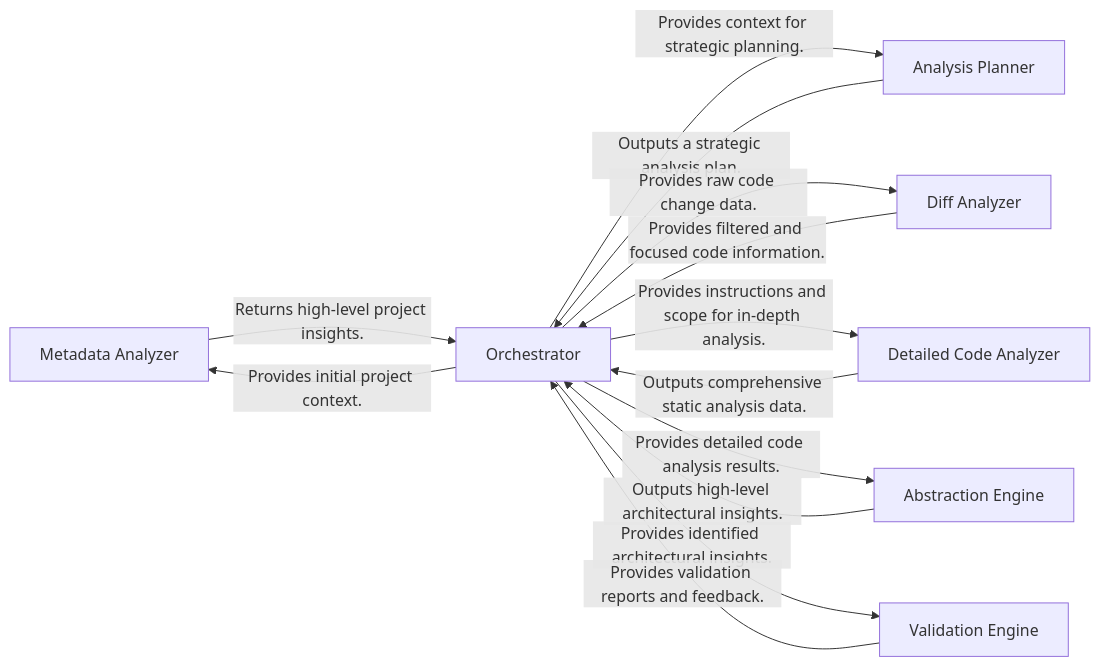
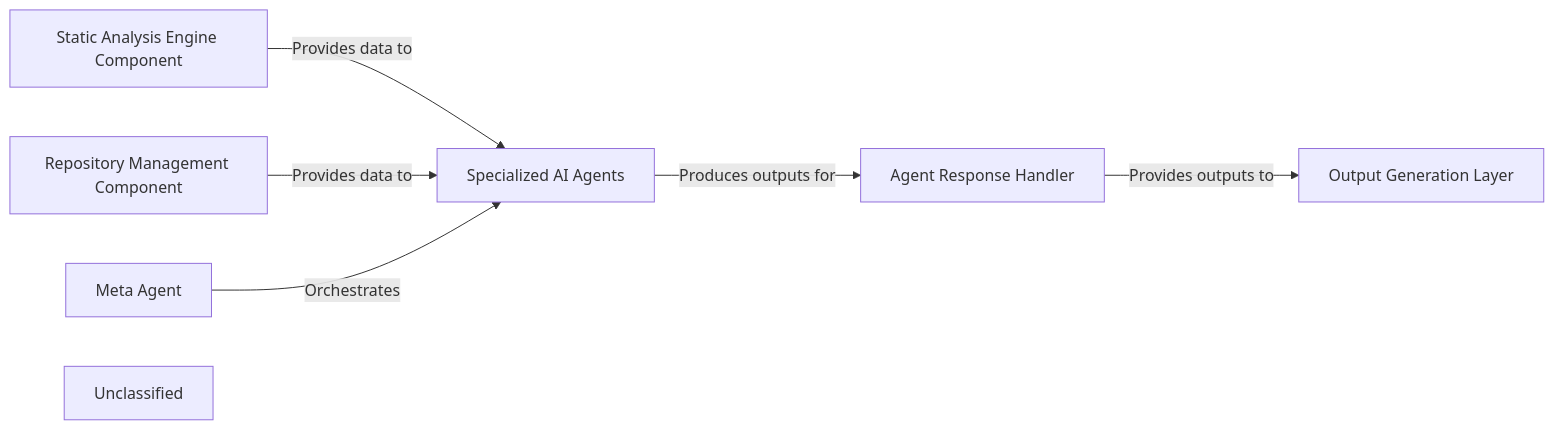
One commit to mariyam866/CodeBoarding changed the diagram in .codeboarding/AI_Interpretation_Layer.md. Above: the diagram before and after it, drawn with Mermaid. The commit also changed other lines of this file and 17 other files, not shown here.

First line of the commit message:
docs: update codeboarding documentation and generate architecture

````diff
--- a/.codeboarding/AI_Interpretation_Layer.md
+++ b/.codeboarding/AI_Interpretation_Layer.md
@@ -1,22 +1,15 @@
 ```mermaid
 graph LR
-    Metadata_Analyzer["Metadata Analyzer"]
-    Analysis_Planner["Analysis Planner"]
-    Diff_Analyzer["Diff Analyzer"]
-    Detailed_Code_Analyzer["Detailed Code Analyzer"]
-    Abstraction_Engine["Abstraction Engine"]
-    Validation_Engine["Validation Engine"]
-    Orchestrator["Orchestrator"]
-    Orchestrator -- "Provides initial project context." --> Metadata_Analyzer
-    Metadata_Analyzer -- "Returns high-level project insights." --> Orchestrator
-    Orchestrator -- "Provides context for strategic planning." --> Analysis_Planner
-    Analysis_Planner -- "Outputs a strategic analysis plan." --> Orchestrator
-    Orchestrator -- "Provides raw code change data." --> Diff_Analyzer
-    Diff_Analyzer -- "Provides filtered and focused code information." --> Orchestrator
-    Orchestrator -- "Provides instructions and scope for in-depth analysis." --> Detailed_Code_Analyzer
-    Detailed_Code_Analyzer -- "Outputs comprehensive static analysis data." --> Orchestrator
-    Orchestrator -- "Provides detailed code analysis results." --> Abstraction_Engine
-    Abstraction_Engine -- "Outputs high-level architectural insights." --> Orchestrator
-    Orchestrator -- "Provides identified architectural insights." --> Validation_Engine
-    Validation_Engine -- "Provides validation reports and feedback." --> Orchestrator
+    Static_Analysis_Engine_Component["Static Analysis Engine Component"]
+    Repository_Management_Component["Repository Management Component"]
+    Meta_Agent["Meta Agent"]
+    Specialized_AI_Agents["Specialized AI Agents"]
+    Agent_Response_Handler["Agent Response Handler"]
+    Output_Generation_Layer["Output Generation Layer"]
+    Unclassified["Unclassified"]
+    Static_Analysis_Engine_Component -- "Provides data to" --> Specialized_AI_Agents
+    Repository_Management_Component -- "Provides data to" --> Specialized_AI_Agents
+    Meta_Agent -- "Orchestrates" --> Specialized_AI_Agents
+    Specialized_AI_Agents -- "Produces outputs for" --> Agent_Response_Handler
+    Agent_Response_Handler -- "Provides outputs to" --> Output_Generation_Layer
 ```
````
